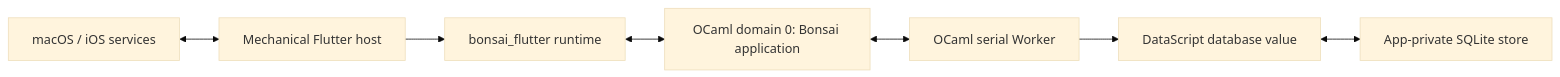
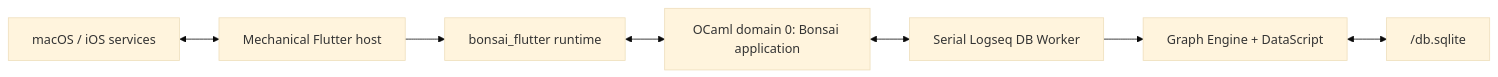
Before and after one commit to logseq/logseq_journal: the diagram in docs/agent-guide/001-journal-mobile-app-architecture.md, drawn with Mermaid (base theme). The commit also changed other lines of this file and 196 other files, not shown here.

Commit message:
logseq db worker

````diff
--- a/docs/agent-guide/001-journal-mobile-app-architecture.md
+++ b/docs/agent-guide/001-journal-mobile-app-architecture.md
@@ -70,17 +77,17 @@
 ```mermaid
 flowchart LR
   OS["macOS / iOS services"]
   Host["Mechanical Flutter host"]
   Runtime["bonsai_flutter runtime"]
   App["OCaml domain 0: Bonsai application"]
-  Worker["OCaml serial Worker"]
-  DS["DataScript database value"]
-  SQLite["App-private SQLite store"]
+  Worker["Serial Logseq DB Worker"]
+  Engine["Graph Engine + DataScript"]
+  SQLite["<graph-dir>/db.sqlite"]
 
   OS <--> Host
   Host --> Runtime
   Runtime <--> App
   App <--> Worker
-  Worker --> DS
-  DS <--> SQLite
+  Worker --> Engine
+  Engine <--> SQLite
 ```
````
